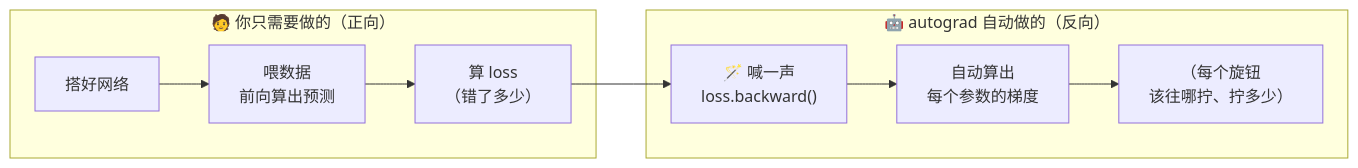
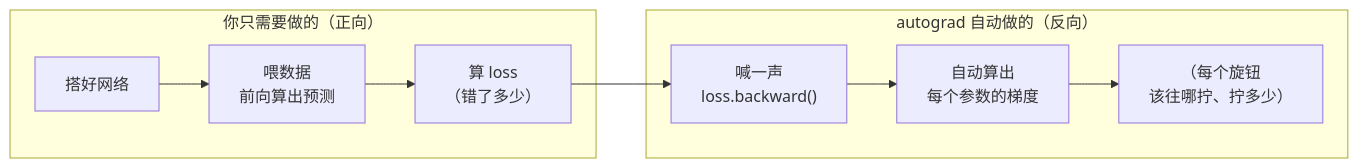
Before and after one commit to luckykhy/KhyAiHub: the third of 7 diagrams in docs/02_CONCEPTS_概念入门/CONCEPT/[CONCEPT-15] 什么是PyTorch-深度学习框架.md, drawn with Mermaid. The commit also changed other lines of this file and 19 other files, not shown here.

````diff
--- a/docs/02_CONCEPTS_概念入门/CONCEPT/[CONCEPT-15] 什么是PyTorch-深度学习框架.md
+++ b/docs/02_CONCEPTS_概念入门/CONCEPT/[CONCEPT-15] 什么是PyTorch-深度学习框架.md
@@ -120,12 +120,12 @@
 ```mermaid
 flowchart LR
-  subgraph 你做的["🧑 你只需要做的（正向）"]
+  subgraph 你做的["你只需要做的（正向）"]
     F1["搭好网络"] --> F2["喂数据<br/>前向算出预测"]
     F2 --> F3["算 loss<br/>（错了多少）"]
   end
-  F3 --> BW["🪄 喊一声<br/>loss.backward()"]
-  subgraph 它做的["🤖 autograd 自动做的（反向）"]
+  F3 --> BW["喊一声<br/>loss.backward()"]
+  subgraph 它做的["autograd 自动做的（反向）"]
     BW --> G1["自动算出<br/>每个参数的梯度"]
     G1 --> G2["（每个旋钮<br/>该往哪拧、拧多少）"]
   end
 ```
````
